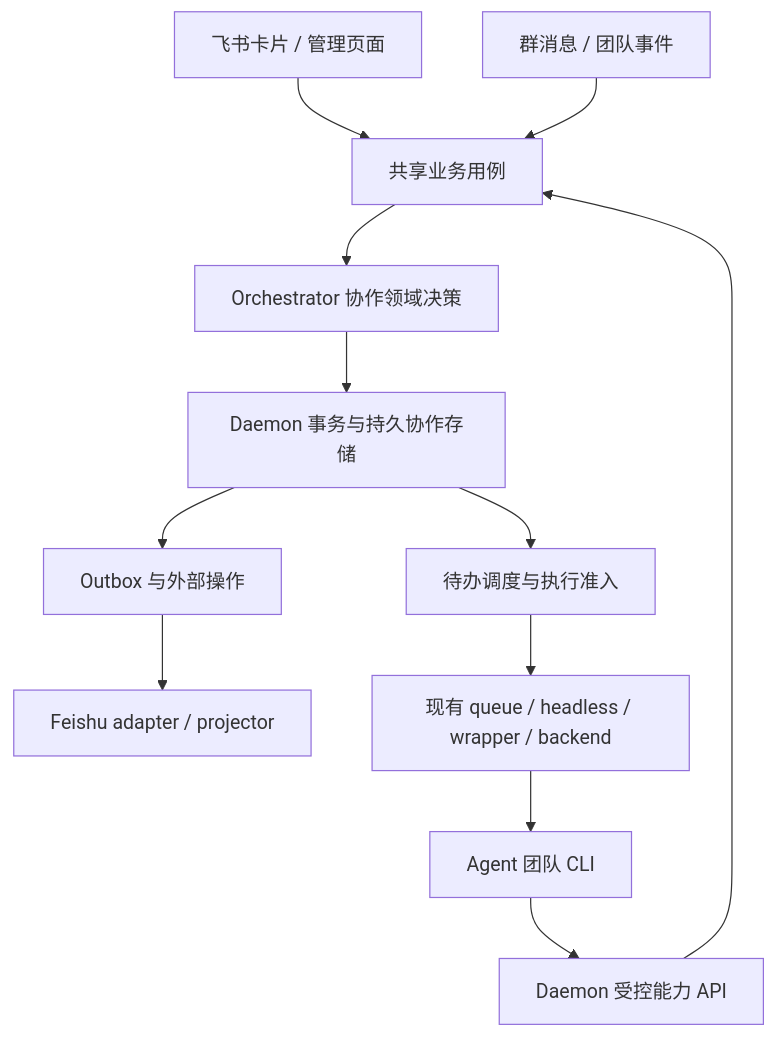
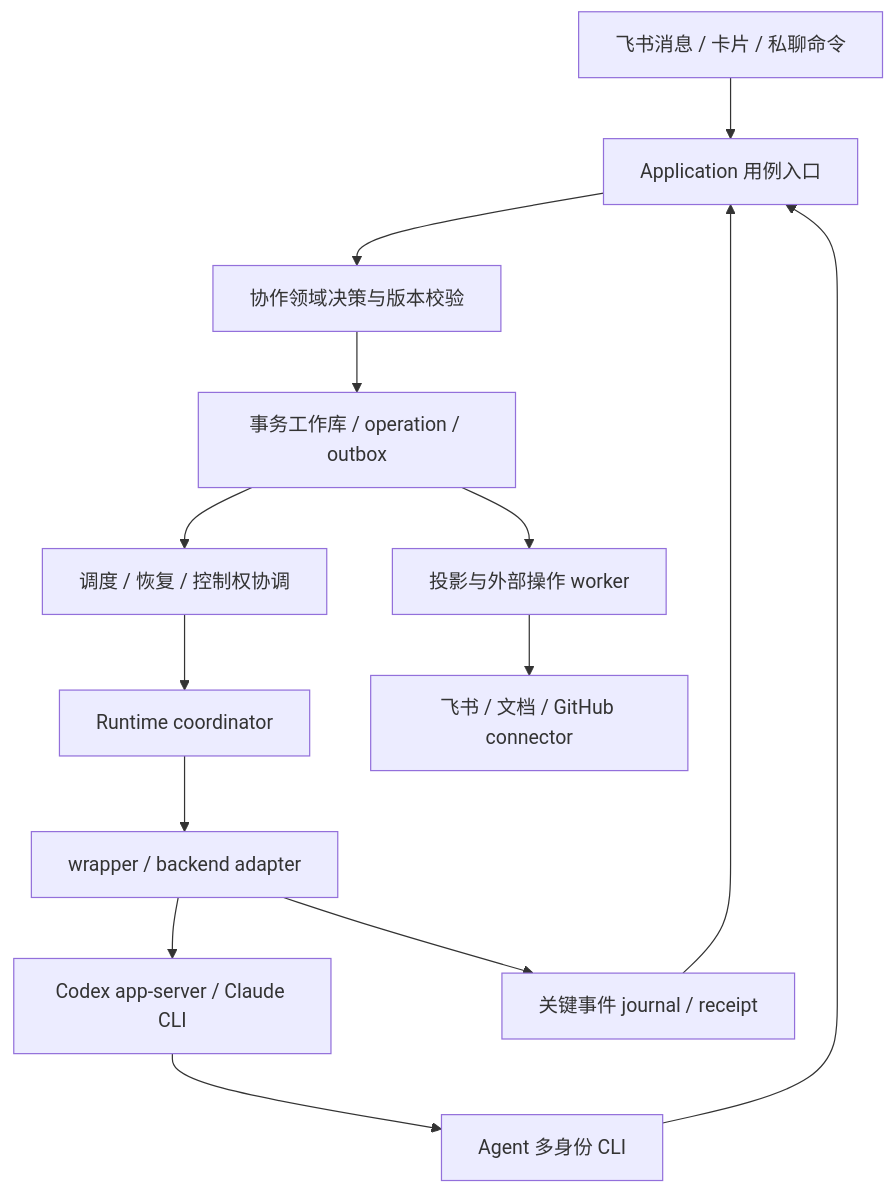
The diagram in docs/draft/feishu-agent-team-technical-design.md (kxn/codex-remote-feishu), drawn with Mermaid before and after one commit. The commit also changed other lines of this file and 7 other files, not shown here.

Commit message:
docs: specify agent team user journeys and runtime architecture

````diff
--- a/docs/draft/feishu-agent-team-technical-design.md
+++ b/docs/draft/feishu-agent-team-technical-design.md
@@ -69,14 +21,16 @@
 ```mermaid
 flowchart TD
-    UI[飞书卡片 / 管理页面] --> UC[共享业务用例]
-    CLI[Agent 团队 CLI] --> API[Daemon 受控能力 API]
-    API --> UC
-    IN[群消息 / 团队事件] --> UC
-    UC --> CORE[Orchestrator 协作领域决策]
-    CORE --> TX[Daemon 事务与持久协作存储]
-    TX --> OUT[Outbox 与外部操作]
-    OUT --> FS[Feishu adapter / projector]
-    TX --> DIS[待办调度与执行准入]
-    DIS --> RUN[现有 queue / headless / wrapper / backend]
-    RUN --> CLI
+    F[飞书消息 / 卡片 / 私聊命令] --> A[Application 用例入口]
+    C[Agent 多身份 CLI] --> A
+    A --> D[协作领域决策与版本校验]
+    D --> S[事务工作库 / operation / outbox]
+    S --> Q[调度 / 恢复 / 控制权协调]
+    Q --> R[Runtime coordinator]
+    R --> W[wrapper / backend adapter]
+    W --> N[Codex app-server / Claude CLI]
+    W --> J[关键事件 journal / receipt]
+    J --> A
+    S --> P[投影与外部操作 worker]
+    P --> F2[飞书 / 文档 / GitHub connector]
+    N --> C
 ```
````
